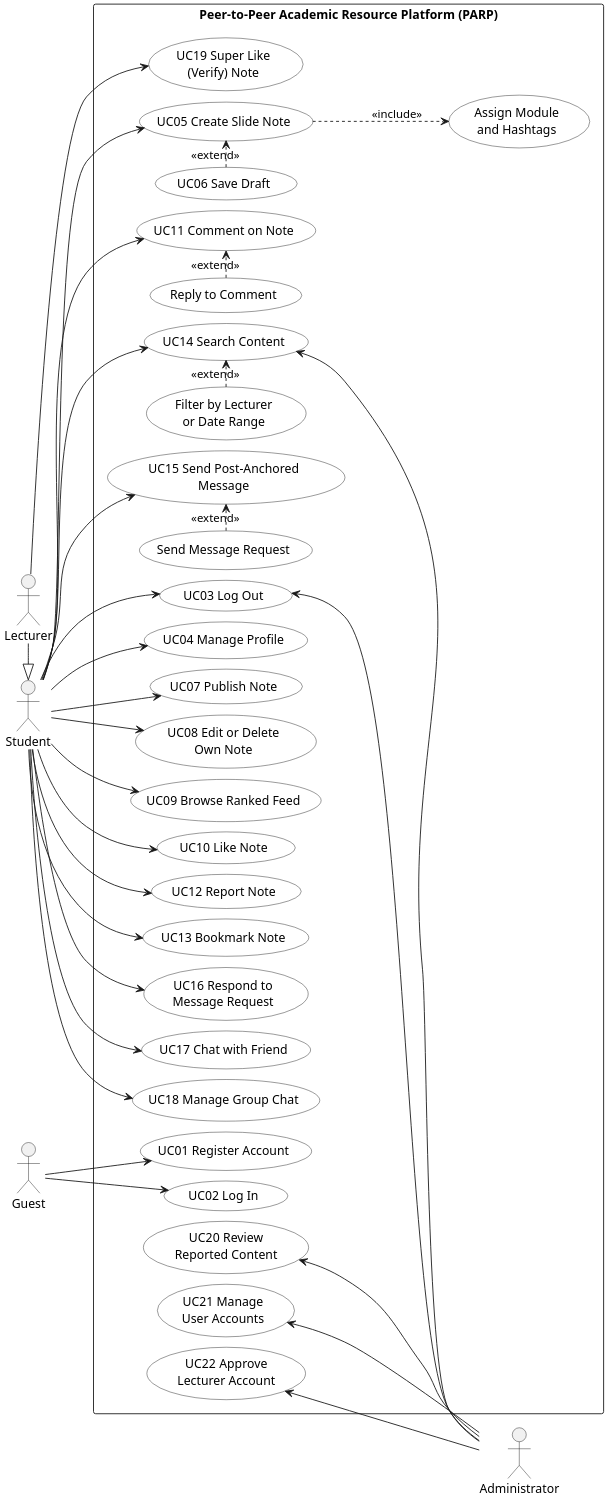
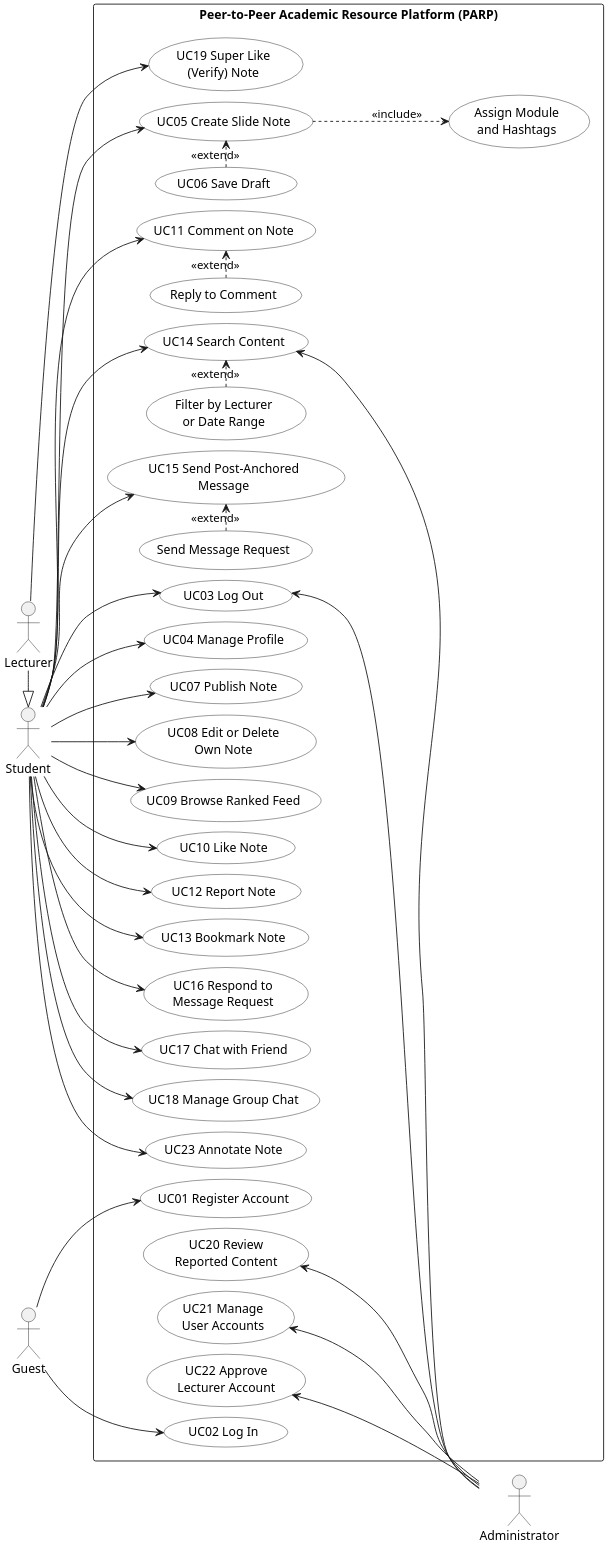
Before and after one commit to qicai14/NotaLah: the diagram in docs/chapter4/diagrams/src/01_use_case.puml, drawn with PlantUML. The commit also changed 18 other files, not shown here.

```diff
--- a/docs/chapter4/diagrams/src/01_use_case.puml
+++ b/docs/chapter4/diagrams/src/01_use_case.puml
@@ -1,76 +1,78 @@
 @startuml use_case
 left to right direction
 skinparam shadowing false
 skinparam monochrome true
 skinparam packageStyle rectangle
 skinparam defaultFontName Arial
 skinparam usecaseBackgroundColor white
 skinparam dpi 200
 skinparam nodesep 12
 skinparam ranksep 60
 
 actor "Guest" as G
 actor "Student" as S
 actor "Lecturer" as L
 actor "Administrator" as A
 L -|> S
 
 rectangle "Peer-to-Peer Academic Resource Platform (PARP)" {
   usecase "UC01 Register Account" as UC01
   usecase "UC02 Log In" as UC02
   usecase "UC03 Log Out" as UC03
   usecase "UC04 Manage Profile" as UC04
   usecase "UC14 Search Content" as UC14
   usecase "Filter by Lecturer\nor Date Range" as UC14x
   usecase "UC05 Create Slide Note" as UC05
   usecase "Assign Module\nand Hashtags" as UC05i
   usecase "UC06 Save Draft" as UC06
   usecase "UC07 Publish Note" as UC07
   usecase "UC08 Edit or Delete\nOwn Note" as UC08
   usecase "UC09 Browse Ranked Feed" as UC09
   usecase "UC10 Like Note" as UC10
   usecase "UC11 Comment on Note" as UC11
   usecase "Reply to Comment" as UC11x
   usecase "UC12 Report Note" as UC12
   usecase "UC13 Bookmark Note" as UC13
   usecase "UC15 Send Post-Anchored\nMessage" as UC15
   usecase "Send Message Request" as UC15x
   usecase "UC16 Respond to\nMessage Request" as UC16
   usecase "UC17 Chat with Friend" as UC17
   usecase "UC18 Manage Group Chat" as UC18
   usecase "UC19 Super Like\n(Verify) Note" as UC19
   usecase "UC20 Review\nReported Content" as UC20
   usecase "UC21 Manage\nUser Accounts" as UC21
   usecase "UC22 Approve\nLecturer Account" as UC22
+  usecase "UC23 Annotate Note" as UC23
 }
 
 G --> UC01
 G --> UC02
 S --> UC03
 S --> UC04
 S --> UC05
 UC05 ..> UC05i : <<include>>
 UC06 .> UC05 : <<extend>>
 S --> UC07
 S --> UC08
 S --> UC09
 S --> UC10
 S --> UC11
 UC11x .> UC11 : <<extend>>
 S --> UC12
 S --> UC13
+S --> UC23
 S --> UC14
 UC14x .> UC14 : <<extend>>
 S --> UC15
 UC15x .> UC15 : <<extend>>
 S --> UC16
 S --> UC17
 S --> UC18
 L --> UC19
 
 UC03 <-- A
 UC14 <-- A
 UC20 <-- A
 UC21 <-- A
 UC22 <-- A
 @enduml
```
